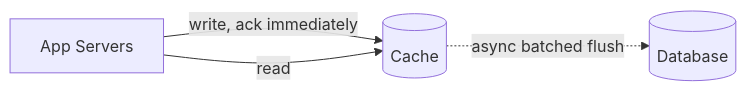
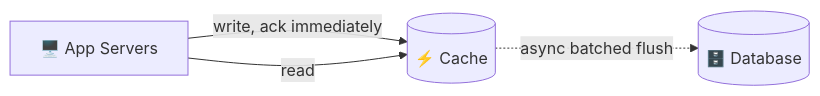
Before and after one commit to visheshkodwani/HLD: the seventh of 13 diagrams in hello-interview/core-concepts/caching.md, drawn with Mermaid. The commit also changed other lines of this file and 7 other files, not shown here.

First line of the commit message:
Give HLD its own Ember theme, richer diagrams, sidebar sections

````diff
--- a/hello-interview/core-concepts/caching.md
+++ b/hello-interview/core-concepts/caching.md
@@ -285,6 +285,6 @@
 ```mermaid
 flowchart LR
-    A["App Servers"] -->|"write, ack immediately"| C[("Cache")]
+    A["🖥️ App Servers"] -->|"write, ack immediately"| C[("⚡ Cache")]
     A -->|"read"| C
-    C -.->|"async batched flush"| D[("Database")]
+    C -.->|"async batched flush"| D[("🗄️ Database")]
 ```
````
